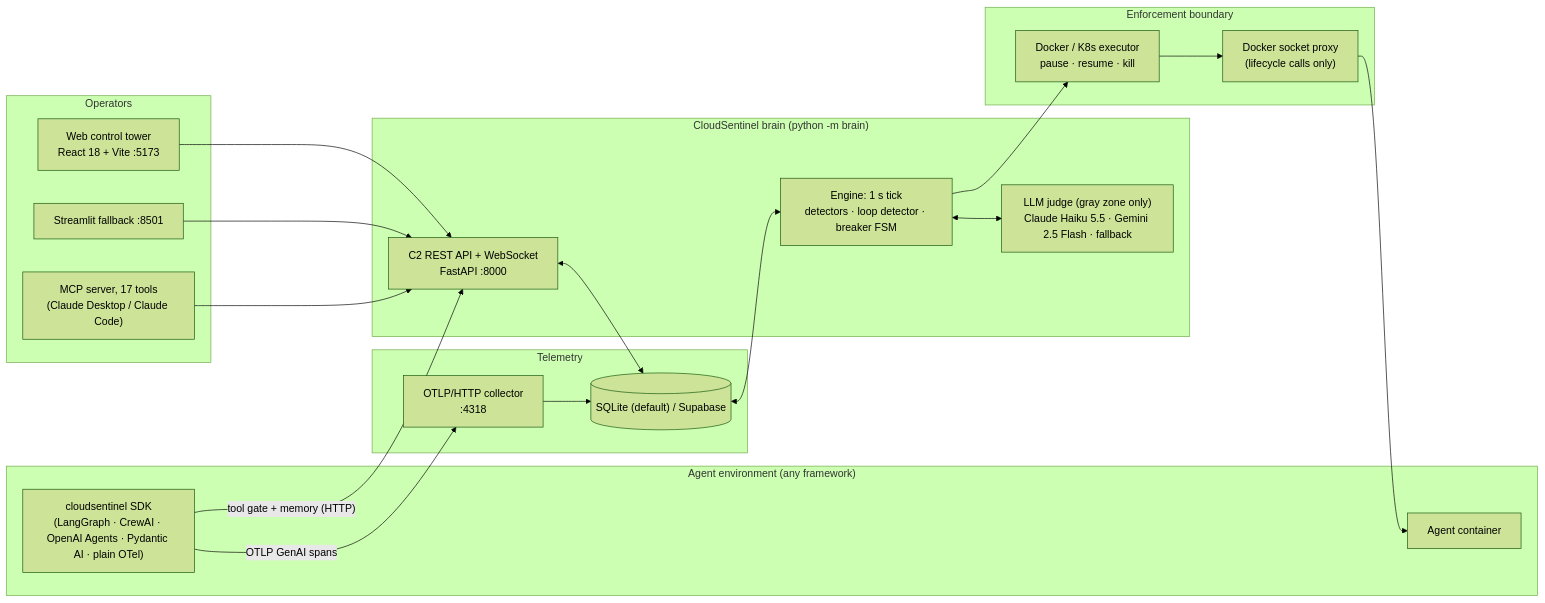
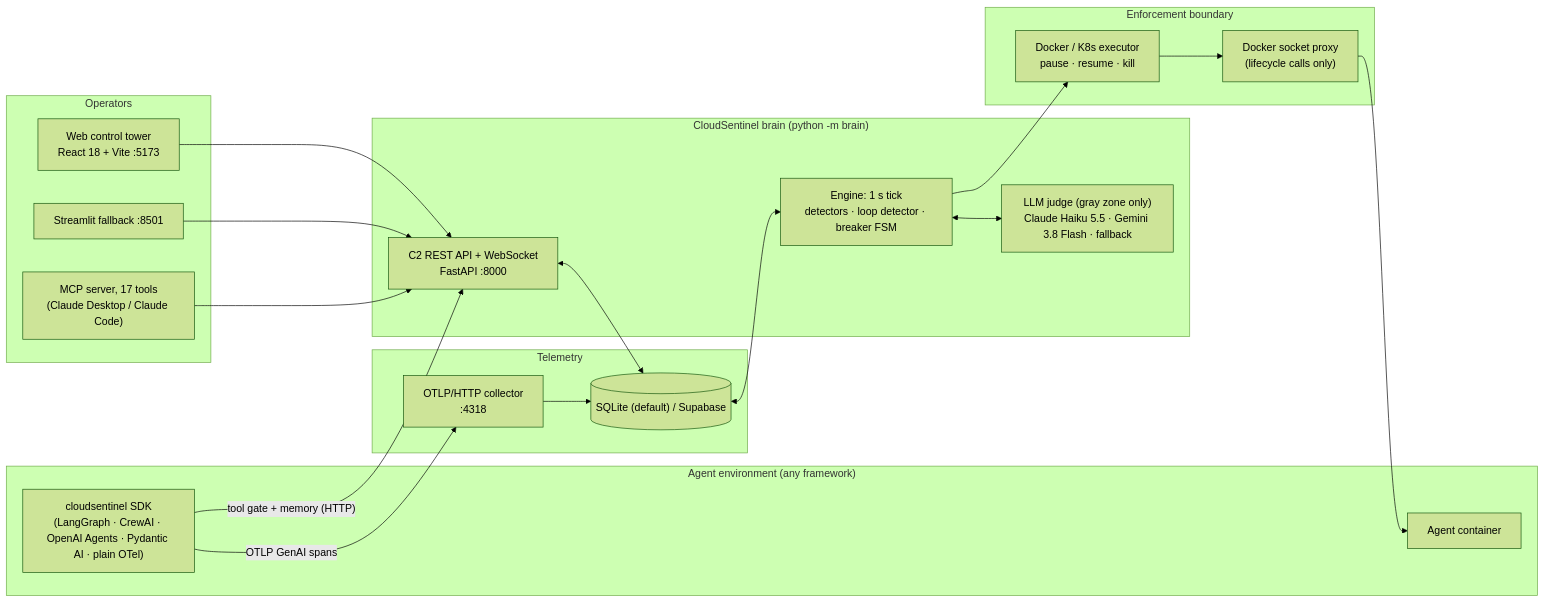
Before and after one commit to abdullahalyf/Cloud-Sentinel: the diagram in README.md, drawn with Mermaid (forest theme). The commit also changed other lines of this file and 14 other files, not shown here.

First line of the commit message:
fix: reliable public demo - judge timeout, gemini-3.8-flash, demo budget floor, render.yaml matches live (#137)

````diff
--- a/README.md
+++ b/README.md
@@ -64,37 +64,37 @@
 ```mermaid
 flowchart LR
     subgraph AgentRuntime["Agent environment (any framework)"]
         Agent["Agent container"]
         SDK["cloudsentinel SDK<br/>(LangGraph · CrewAI · OpenAI Agents · Pydantic AI · plain OTel)"]
     end
 
     subgraph Telemetry["Telemetry"]
         Collector["OTLP/HTTP collector<br/>:4318"]
         Store[("SQLite (default) / Supabase")]
     end
 
     subgraph ControlPlane["CloudSentinel brain (python -m brain)"]
         Engine["Engine: 1 s tick<br/>detectors · loop detector · breaker FSM"]
-        Judge["LLM judge (gray zone only)<br/>Claude Haiku 5.5 · Gemini 2.5 Flash · fallback"]
+        Judge["LLM judge (gray zone only)<br/>Claude Haiku 5.5 · Gemini 3.8 Flash · fallback"]
         API["C2 REST API + WebSocket<br/>FastAPI :8000"]
     end
 
     subgraph Operators["Operators"]
         WebUI["Web control tower<br/>React 18 + Vite :5173"]
         Streamlit["Streamlit fallback :8501"]
         MCP["MCP server, 17 tools<br/>(Claude Desktop / Claude Code)"]
     end
 
     subgraph Enforcement["Enforcement boundary"]
         Executor["Docker / K8s executor<br/>pause · resume · kill"]
         Proxy["Docker socket proxy<br/>(lifecycle calls only)"]
     end
 
     SDK -- "OTLP GenAI spans" --> Collector --> Store
     SDK -- "tool gate + memory (HTTP)" --> API
     Store <--> Engine
     Engine <--> Judge
     Engine --> Executor --> Proxy --> Agent
     API <--> Store
     WebUI & Streamlit & MCP --> API
 ```
````
